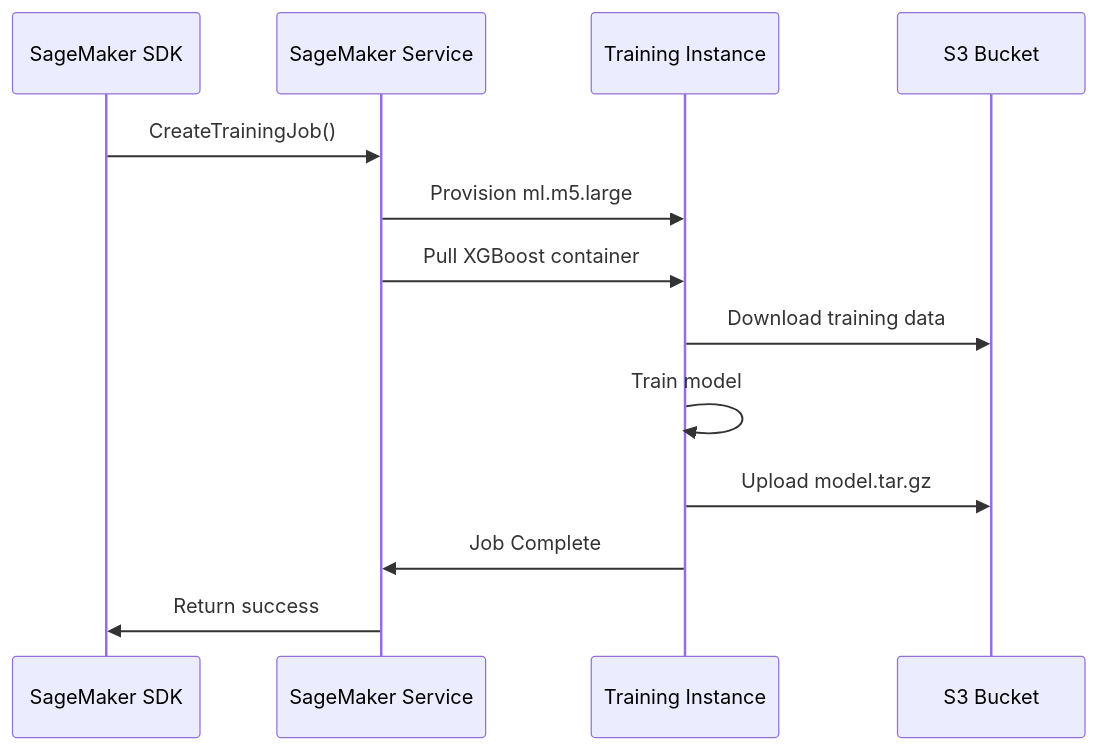
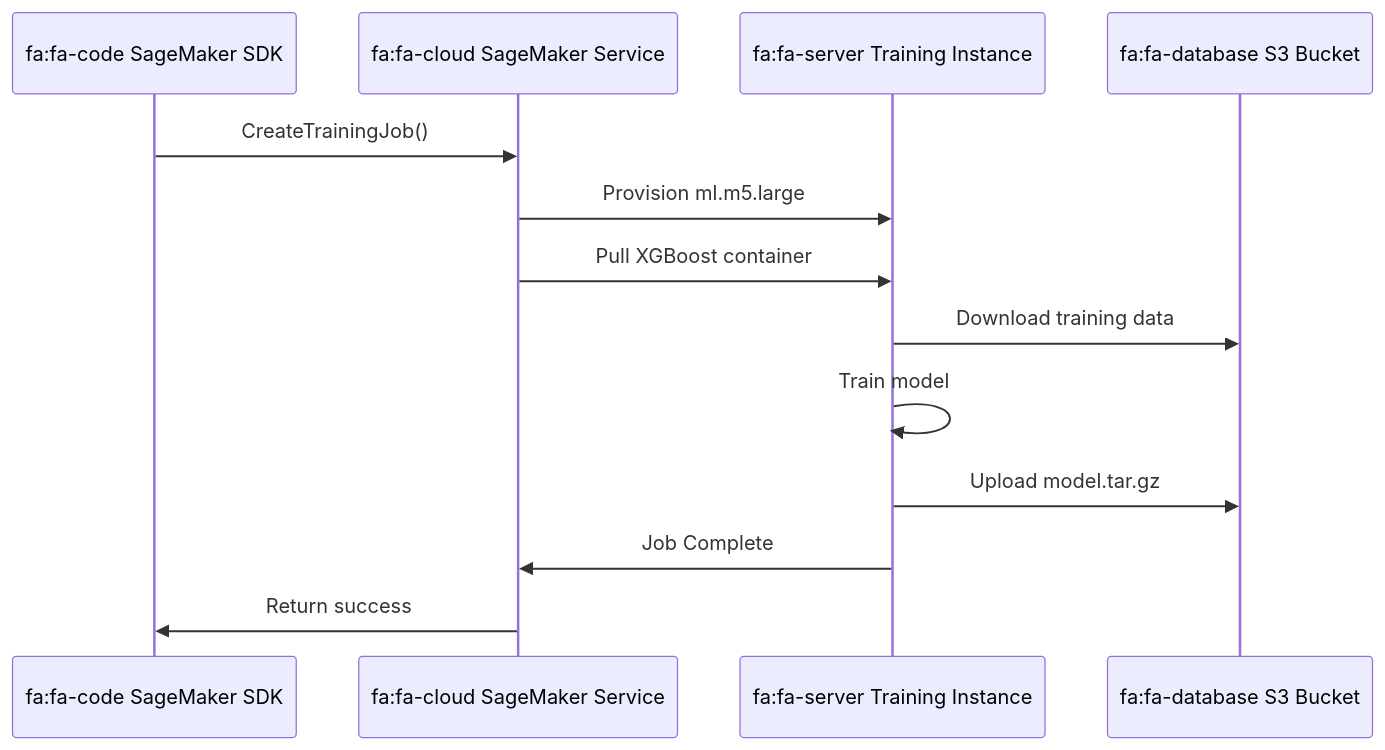
Before and after one commit to vinu76jsr/aws-sample-projects: the second of 2 diagrams in aws-ml-associate-prep/01-sagemaker-basics/LAB.md, drawn with Mermaid. The commit also changed other lines of this file and 15 other files, not shown here.

First line of the commit message:
Add Font Awesome icons to all Mermaid diagrams

````diff
--- a/aws-ml-associate-prep/01-sagemaker-basics/LAB.md
+++ b/aws-ml-associate-prep/01-sagemaker-basics/LAB.md
@@ -46,16 +46,16 @@
 ```mermaid
 sequenceDiagram
-    participant SDK as SageMaker SDK
-    participant SM as SageMaker Service
-    participant EC2 as Training Instance
-    participant S3 as S3 Bucket
+    participant SDK as fa:fa-code SageMaker SDK
+    participant SM as fa:fa-cloud SageMaker Service
+    participant EC2 as fa:fa-server Training Instance
+    participant S3 as fa:fa-database S3 Bucket
 
     SDK->>SM: CreateTrainingJob()
     SM->>EC2: Provision ml.m5.large
     SM->>EC2: Pull XGBoost container
     EC2->>S3: Download training data
     EC2->>EC2: Train model
     EC2->>S3: Upload model.tar.gz
     EC2->>SM: Job Complete
     SM->>SDK: Return success
 ```
````
